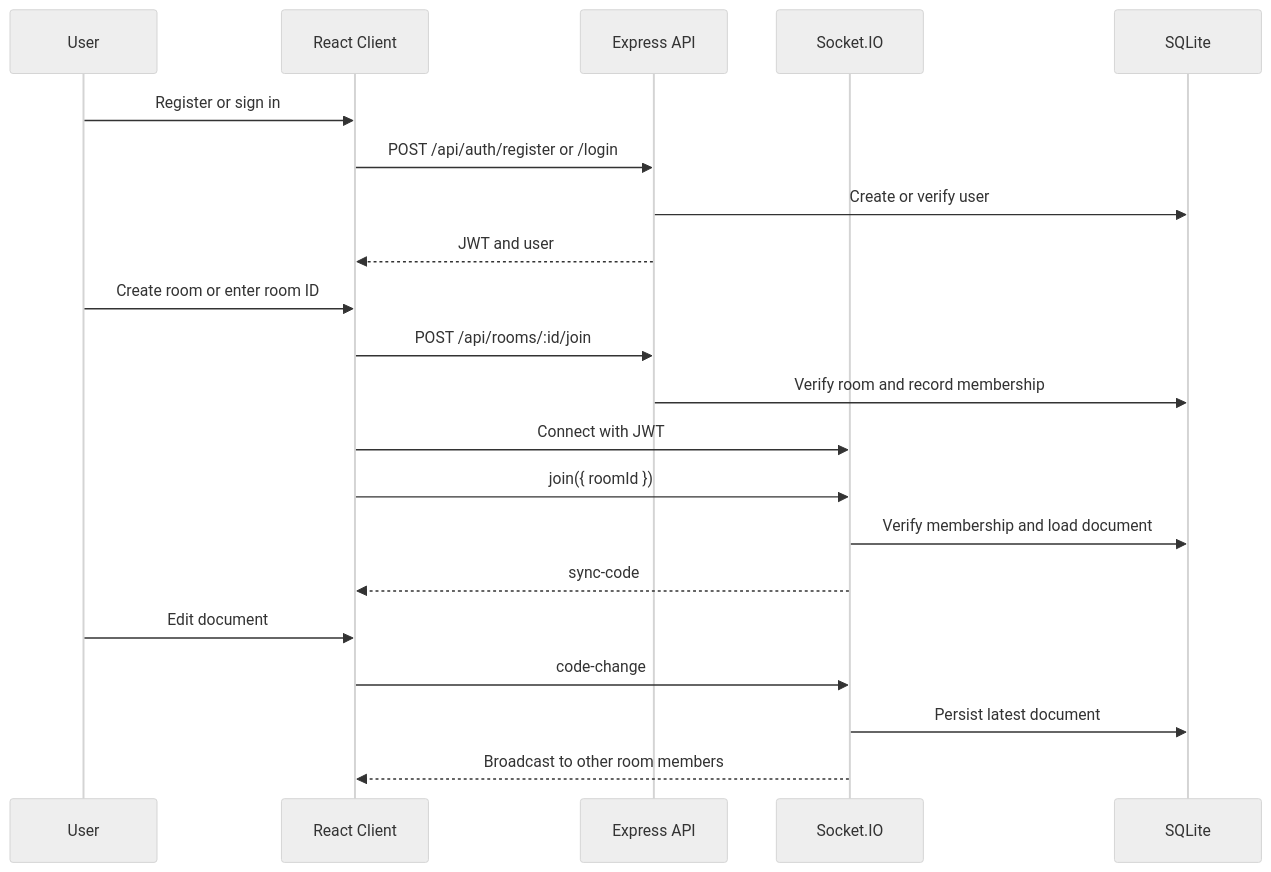
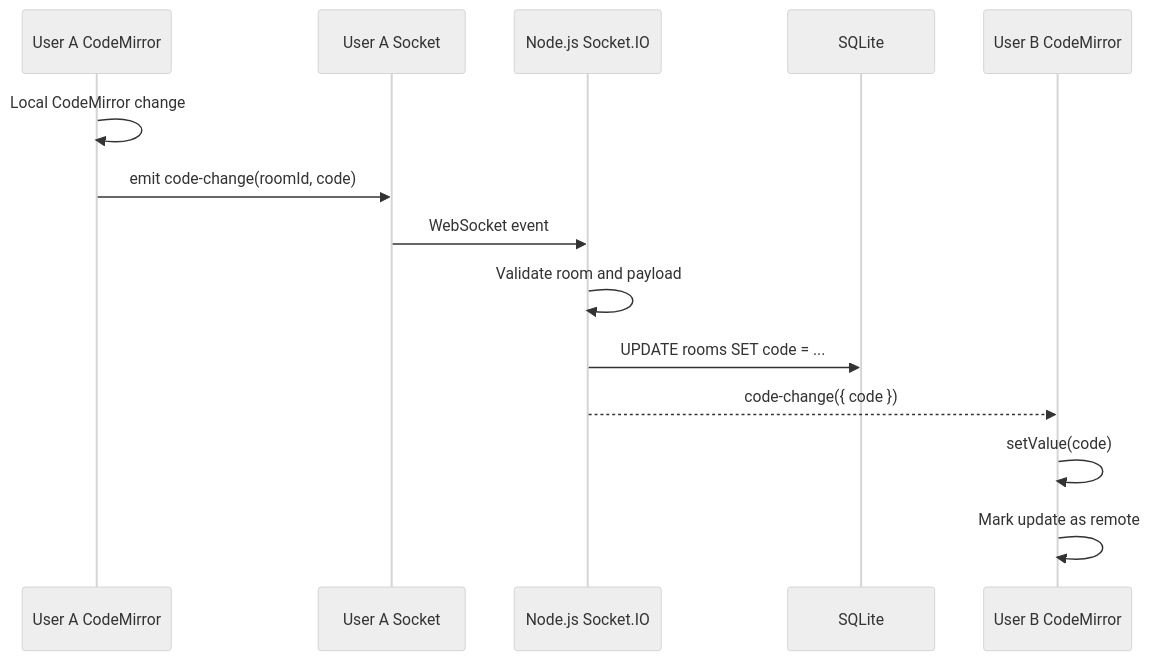
The fourth of 6 diagrams in README.md (SonamNarula/CodeFusion-a-collaborative-real-time-code-editor), drawn with Mermaid (neutral theme) before and after one commit. The commit also changed other lines of this file and 3 other files, not shown here.

````diff
--- a/README.md
+++ b/README.md
@@ -143,24 +1042,17 @@
 ```mermaid
 sequenceDiagram
-    participant User
-    participant React as React Client
-    participant API as Express API
-    participant Socket as Socket.IO
+    participant A as User A CodeMirror
+    participant SA as User A Socket
+    participant S as Node.js Socket.IO
     participant DB as SQLite
+    participant B as User B CodeMirror
 
-    User->>React: Register or sign in
-    React->>API: POST /api/auth/register or /login
-    API->>DB: Create or verify user
-    API-->>React: JWT and user
-    User->>React: Create room or enter room ID
-    React->>API: POST /api/rooms/:id/join
-    API->>DB: Verify room and record membership
-    React->>Socket: Connect with JWT
-    React->>Socket: join({ roomId })
-    Socket->>DB: Verify membership and load document
-    Socket-->>React: sync-code
-    User->>React: Edit document
-    React->>Socket: code-change
-    Socket->>DB: Persist latest document
-    Socket-->>React: Broadcast to other room members
+    A->>A: Local CodeMirror change
+    A->>SA: emit code-change(roomId, code)
+    SA->>S: WebSocket event
+    S->>S: Validate room and payload
+    S->>DB: UPDATE rooms SET code = ...
+    S-->>B: code-change({ code })
+    B->>B: setValue(code)
+    B->>B: Mark update as remote
 ```
````
